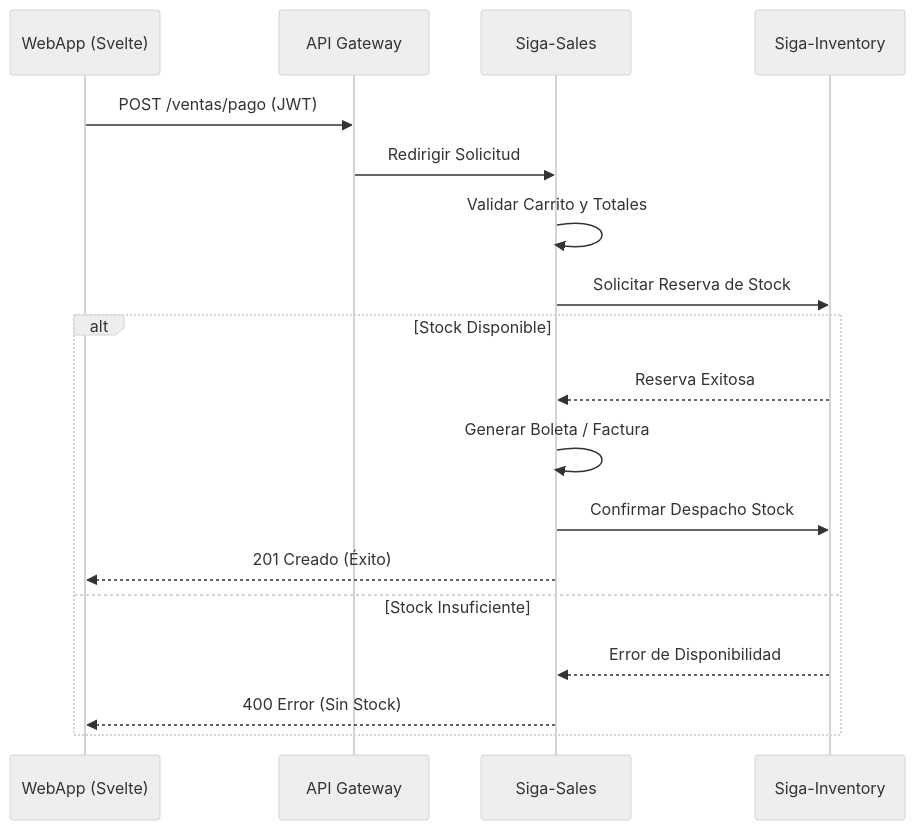
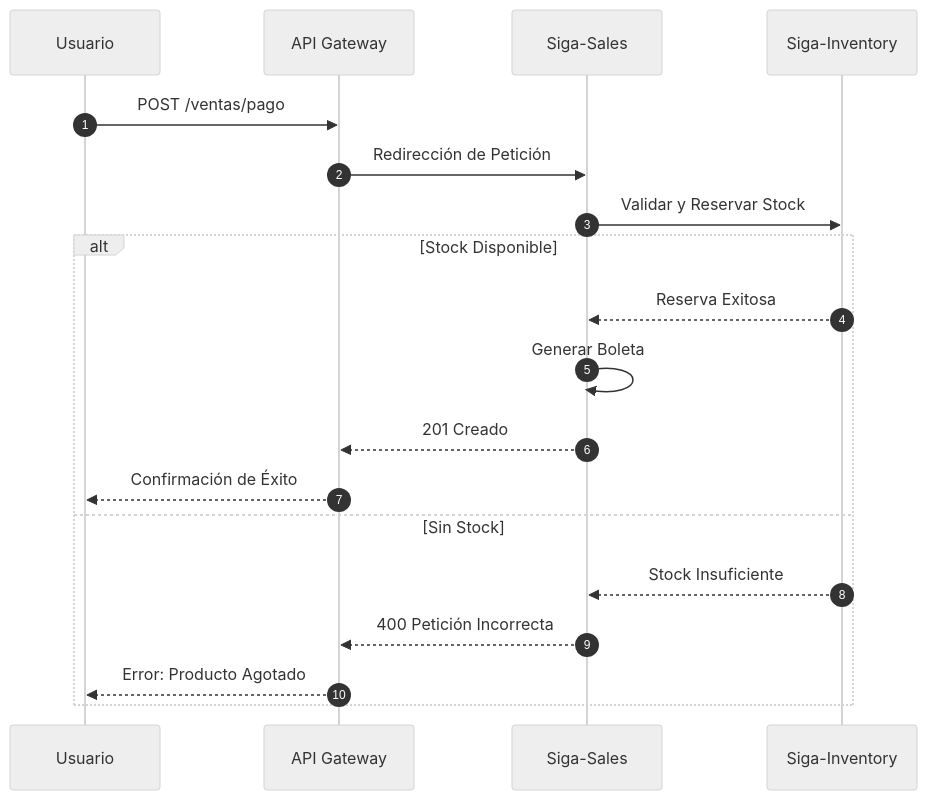
The first of 2 diagrams in docs/technical-room/es/04-PROCESS-VIEW.mdx (HecAguilaV/SIGA), drawn with Mermaid (neutral theme) before and after one commit. The commit also changed other lines of this file and 10 other files, not shown here.

Commit message:
docs(tech-room): finalize 4+1 view model with high-fidelity diagrams and semantic monorepo sync

````diff
--- a/docs/technical-room/es/04-PROCESS-VIEW.mdx
+++ b/docs/technical-room/es/04-PROCESS-VIEW.mdx
@@ -11,22 +9,22 @@
 ```mermaid
 sequenceDiagram
-    participant Web as WebApp (Svelte)
-    participant GT as API Gateway
-    participant Ventas as Siga-Sales
-    participant Inv as Siga-Inventory
+    autonumber
+    participant U as Usuario
+    participant G as API Gateway
+    participant S as Siga-Sales
+    participant I as Siga-Inventory
 
-    Web->>GT: POST /ventas/pago (JWT)
-    GT->>Ventas: Redirigir Solicitud
-    Ventas->>Ventas: Validar Carrito y Totales
-    Ventas->>Inv: Solicitar Reserva de Stock
-    
+    U->>G: POST /ventas/pago
+    G->>S: Redirección de Petición
+    S->>I: Validar y Reservar Stock
     alt Stock Disponible
-        Inv-->>Ventas: Reserva Exitosa
-        Ventas->>Ventas: Generar Boleta / Factura
-        Ventas->>Inv: Confirmar Despacho Stock
-        Ventas-->>Web: 201 Creado (Éxito)
-    else Stock Insuficiente
-        Inv-->>Ventas: Error de Disponibilidad
-        Ventas-->>Web: 400 Error (Sin Stock)
+        I-->>S: Reserva Exitosa
+        S->>S: Generar Boleta
+        S-->>G: 201 Creado
+        G-->>U: Confirmación de Éxito
+    else Sin Stock
+        I-->>S: Stock Insuficiente
+        S-->>G: 400 Petición Incorrecta
+        G-->>U: Error: Producto Agotado
     end
 ```
````
